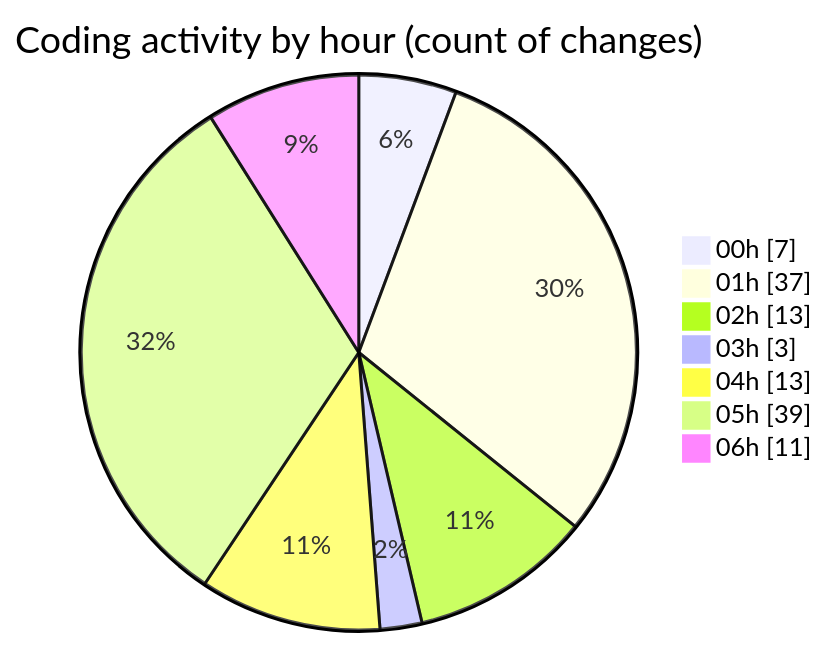
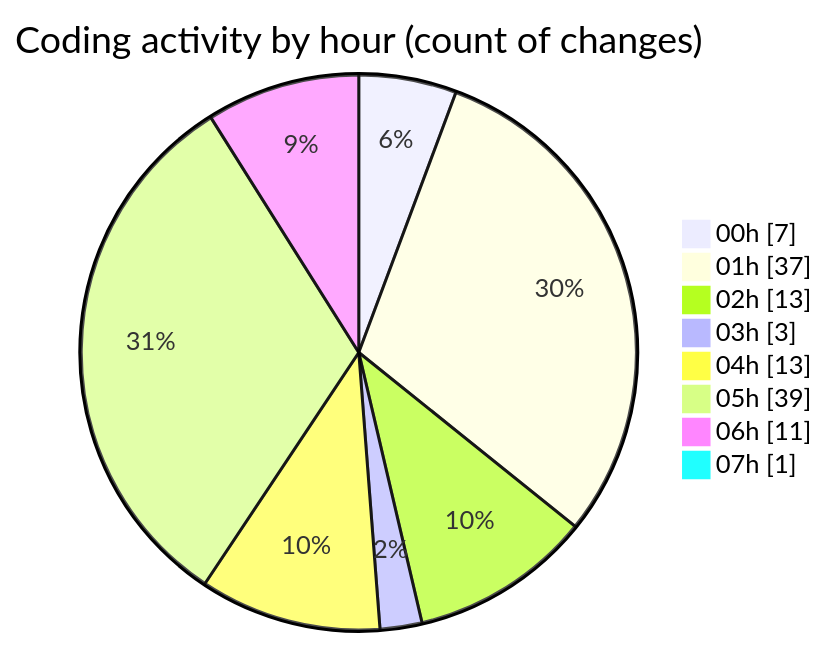
One commit to charlie-sans/code-tracking changed the second of 2 diagrams in 2025-02-23/micros/README.md. Above: the diagram before and after it, drawn with Mermaid. The commit also changed other lines of this file and 1 other file, not shown here.

````diff
--- a/2025-02-23/micros/README.md
+++ b/2025-02-23/micros/README.md
@@ -62,11 +62,12 @@
 ```mermaid
 pie showData
 title Coding activity by hour (count of changes)
 "00h" : 7
 "01h" : 37
 "02h" : 13
 "03h" : 3
 "04h" : 13
 "05h" : 39
 "06h" : 11
+"07h" : 1
 ```
````
